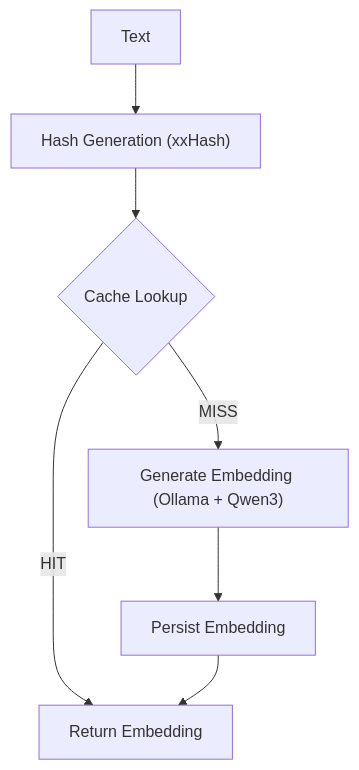
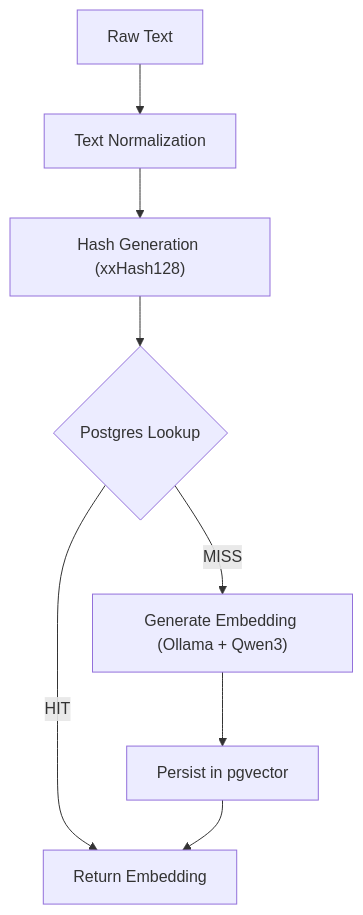
One commit to LA-Referencia-IOI/lareferencia-embedding-service changed the diagram in docs/lareferencia-embedding-cache-init-architecture.md. Above: the diagram before and after it, drawn with Mermaid. The commit also changed other lines of this file and 14 other files, not shown here.

Commit message:
add just postgres+pgvector option

````diff
--- a/docs/lareferencia-embedding-cache-init-architecture.md
+++ b/docs/lareferencia-embedding-cache-init-architecture.md
@@ -34,13 +35,13 @@
 ```mermaid
 flowchart TD
-    D[Text]
-    D --> E["Hash Generation (xxHash)"]
+    A[Raw Text] --> B[Text Normalization]
+    B --> C["Hash Generation (xxHash128)"]
     
-    E --> F{Cache Lookup}
+    C --> D{Postgres Lookup}
 
-    F -->|HIT| G[Return Embedding]
-    F -->|MISS| H["Generate Embedding (Ollama + Qwen3)"]
+    D -->|HIT| E[Return Embedding]
+    D -->|MISS| F["Generate Embedding (Ollama + Qwen3)"]
 
-    H --> I[Persist Embedding]
-    I --> G
+    F --> G[Persist in pgvector]
+    G --> E
 ```
````
